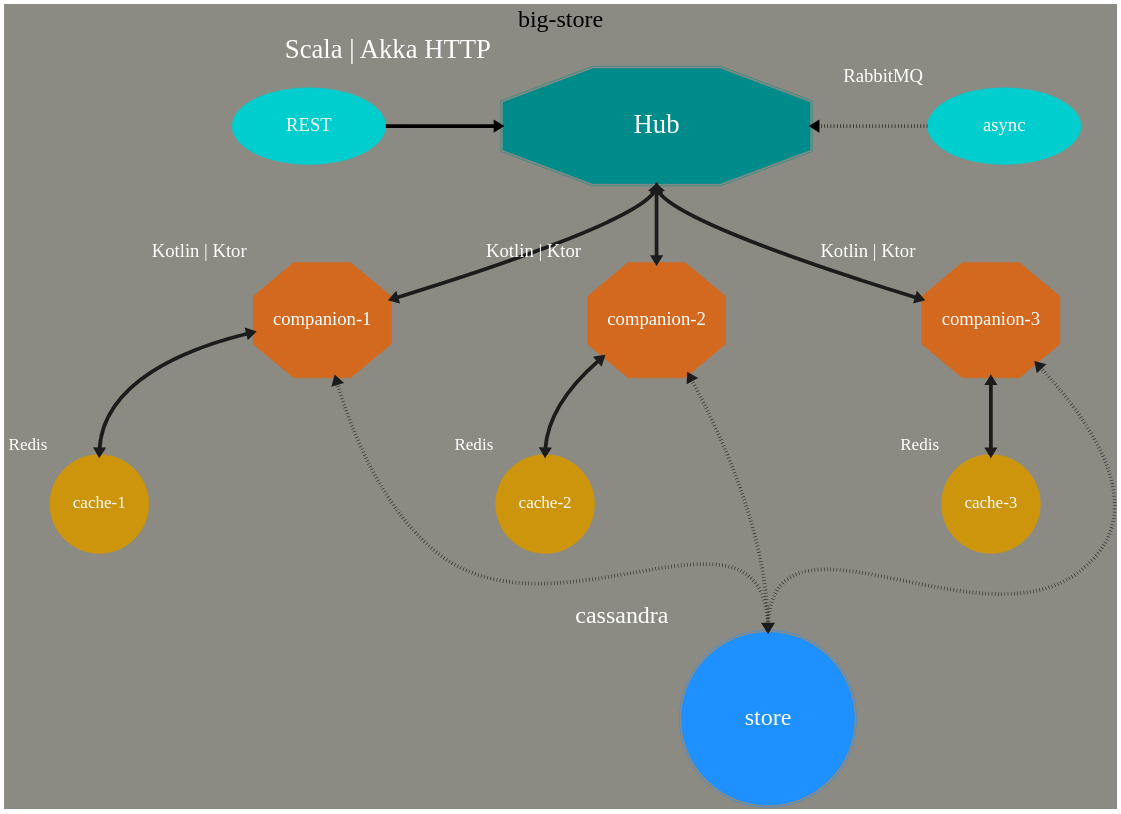
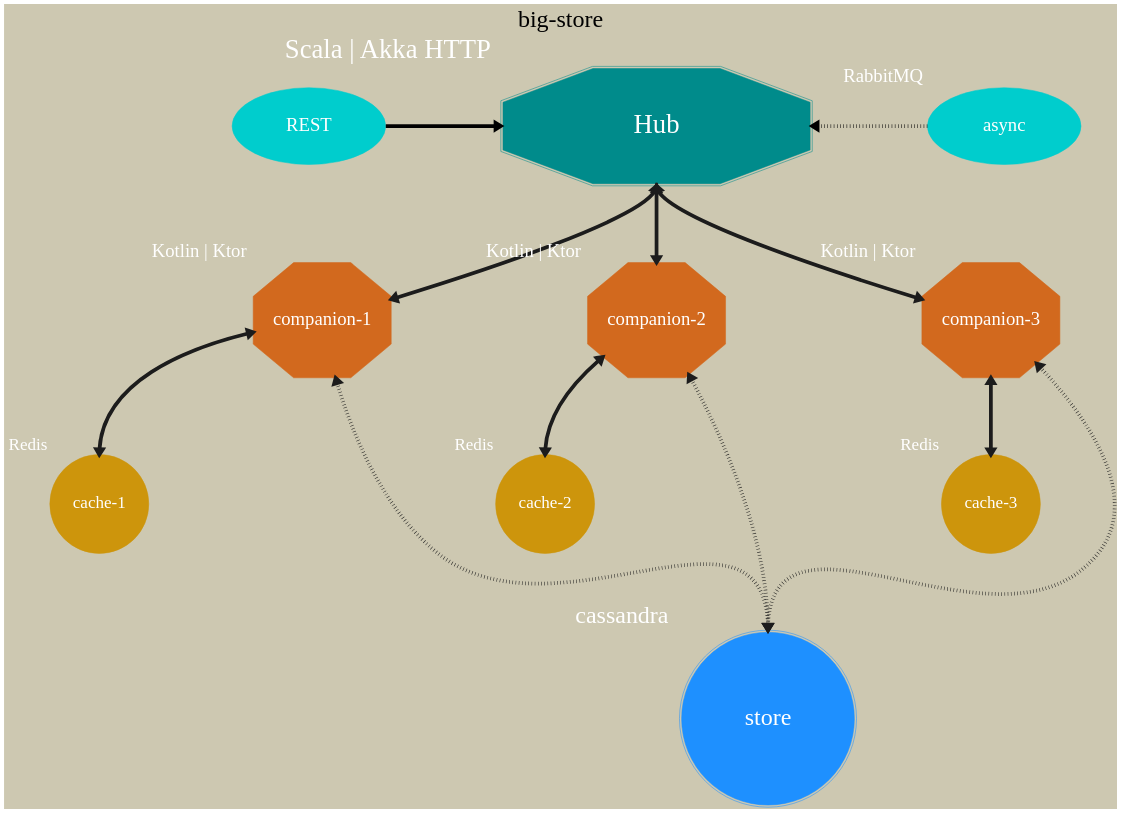
Before and after one commit to jakubriegel/big-store-wti: the diagram in docs/schema/big-store.gv, drawn with Graphviz. The commit also changed 4 other files, not shown here.

```diff
--- a/docs/schema/big-store.gv
+++ b/docs/schema/big-store.gv
@@ -1,74 +1,74 @@
 digraph bigstore {
     
     label="big-store"
     labelloc=t
     fontname="JetBrains Mono Medium"
 
-    graph [fontsize=45 ranksep=2 bgcolor=ivory4]
+    graph [fontsize=45 ranksep=2 bgcolor=cornsilk3]
     node [fontname="JetBrains Mono Medium" fontcolor=white]
     edge [dir=both penwidth=7] 
     nodesep=3
 
     subgraph hub {
         node [style=filled] 
         rank=source;
 
         "Hub" [xlabel="Scala | Akka HTTP" fontsize=50 shape=doubleoctagon color=cyan4 height=3 width=8]
         "REST" [fontsize=35 shape=oval color=cyan3 height=2 width=4]
         "async" [xlabel="RabbitMQ" fontsize=35 shape=oval color=cyan3 height=2 width=4]
 
         "REST" -> "Hub" [dir=both headport=w] 
         "Hub" -> "async" [style=invis]
         "async" -> "Hub" [headport=e style=dotted]
         
     }
     
     subgraph companions {
         node [
                 xlabel="Kotlin | Ktor"
                 padding=5 fontsize=35 shape=octagon style=filled color=chocolate height=3 colorsheme=paired12
             ]
         edge [style=bold colorscheme="paired12"]
 
         "companion-1"
         "companion-2"
         "companion-3"
     }
 
     subgraph caches {
         node [
                 xlabel="Redis"
                 padding=5 fontsize=32 shape=circle style=filled color=darkgoldenrod3 colorsheme=paired12
             ]
         edge [style=bold colorscheme="paired12"]
 
         "cache-1"
         "cache-2"
         "cache-3"
     }
 
     subgraph store {
         node [fontsize=45 shape=doublecircle width=4.5 style=filled color=dodgerblue1]
         rank=sink; 
         
         "store" [xlabel="cassandra"]
     }
 
     subgraph companions_connections {
         "companion-1" -> "store" [headport=n color=grey11 style=dotted]
         "companion-2" -> "store" [headport=n color=grey11 style=dotted]
         "companion-3" -> "store" [headport=n color=grey11 style=dotted]
         
         "companion-1" -> "cache-1" [headport=n color=grey11]
         "companion-2" -> "cache-2" [headport=n color=grey11]
         "companion-3" -> "cache-3" [headport=n color=grey11]
     }
 
 
     subgraph Hub_service_connections {
         "companion-1" -> "Hub" [headport=s color=grey11]
         "companion-2" -> "Hub" [headport=s color=grey11]
         "companion-3" -> "Hub" [headport=s color=grey11]
     }
 
 }
```
